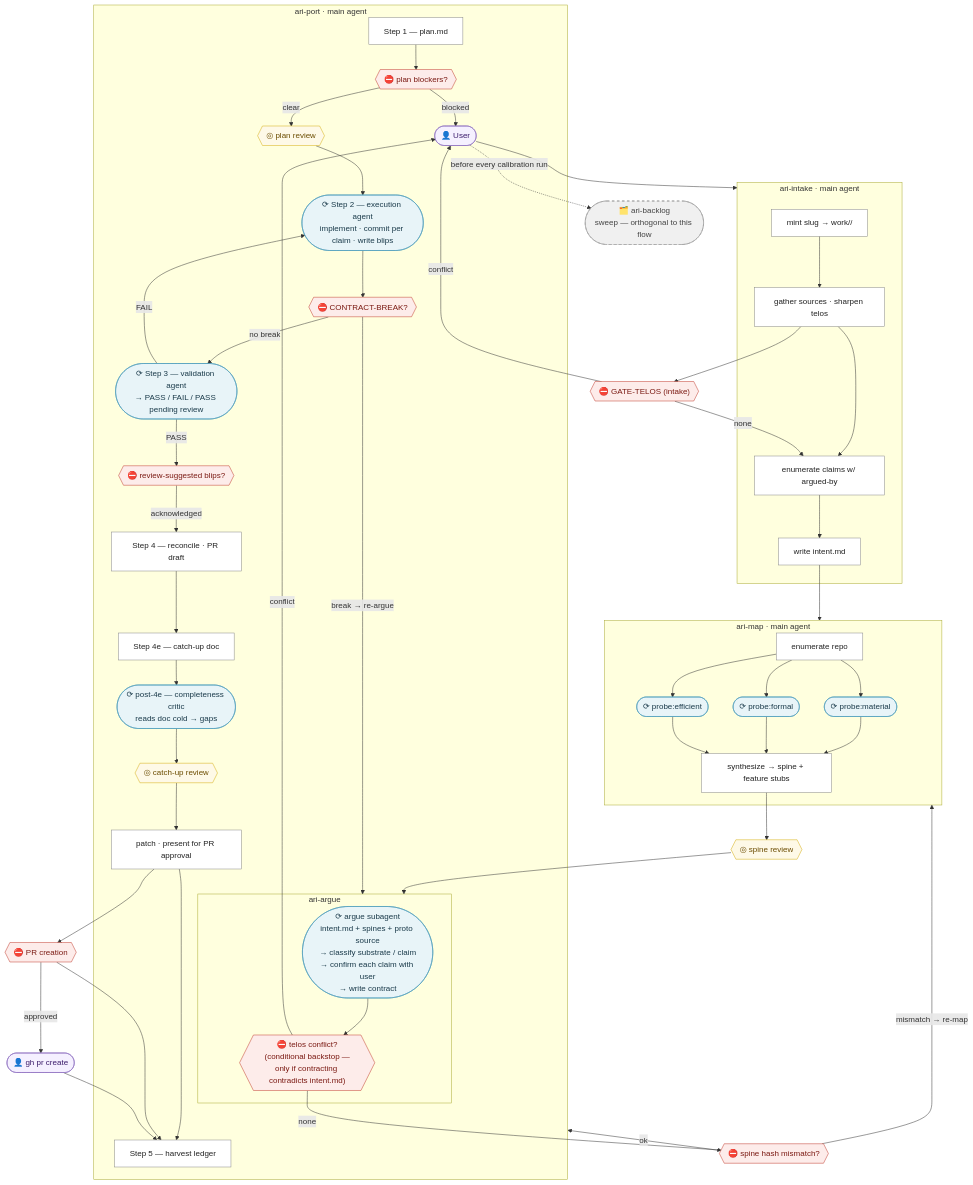
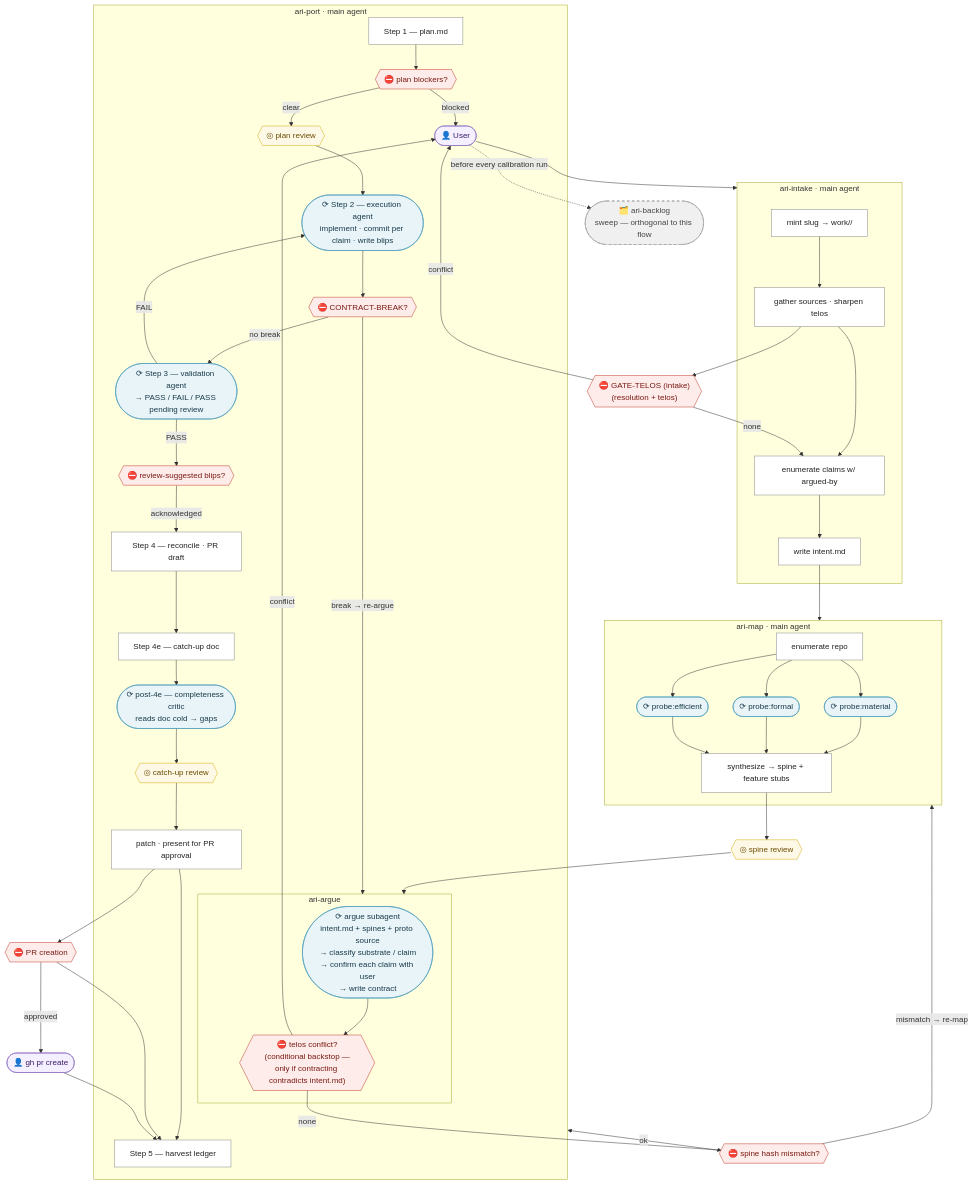
One commit to wmorgus/anima-lite changed the diagram in README.md. Above: the diagram before and after it, drawn with Mermaid. The commit also changed other lines of this file and 8 other files, not shown here.

First line of the commit message:
feat(harness): the resolution — one-sentence sovereign description, GATE-TELOS apex layer (PIN-33)

```diff
--- a/README.md
+++ b/README.md
@@ -70,7 +72,7 @@
         AI1 --> AI2 --> AI3 --> AI4
     end
 
-    ITELOS{{"⛔ GATE-TELOS (intake)"}}
+    ITELOS{{"⛔ GATE-TELOS (intake)\n(resolution + telos)"}}
     AI2 --> ITELOS
     ITELOS -- none --> AI3
     ITELOS -- conflict --> USER
```
